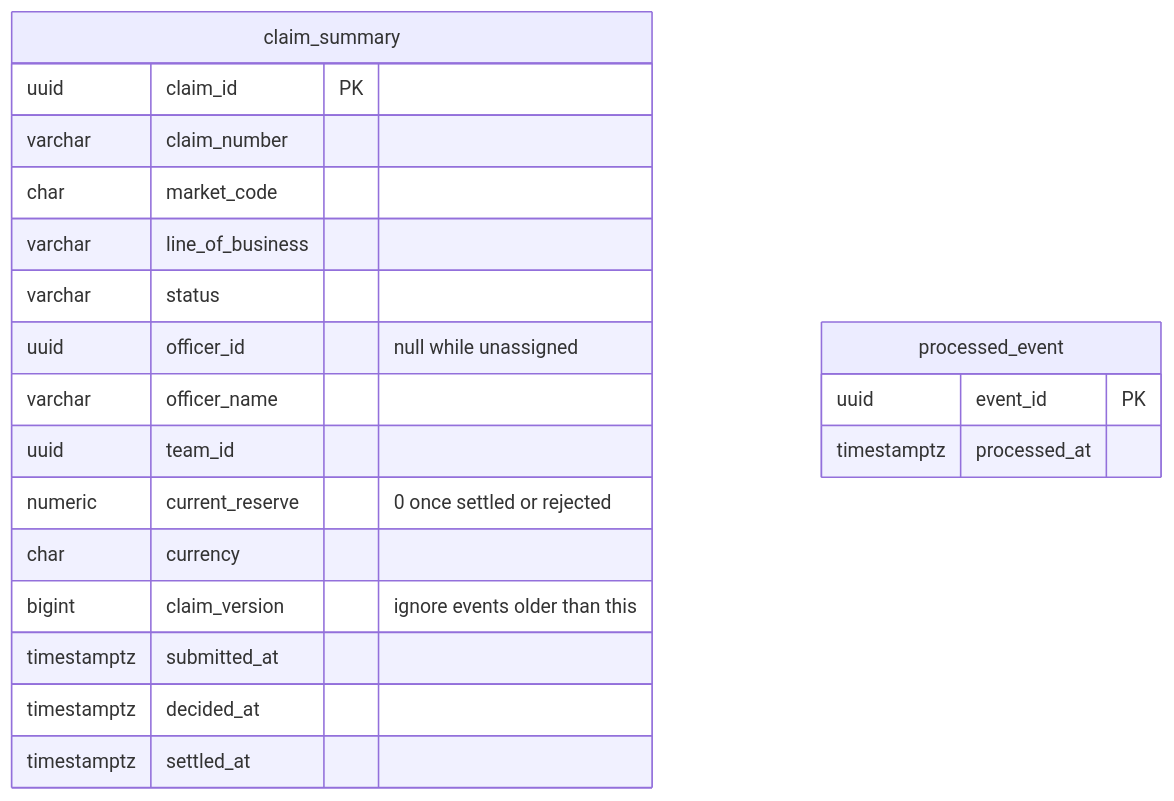
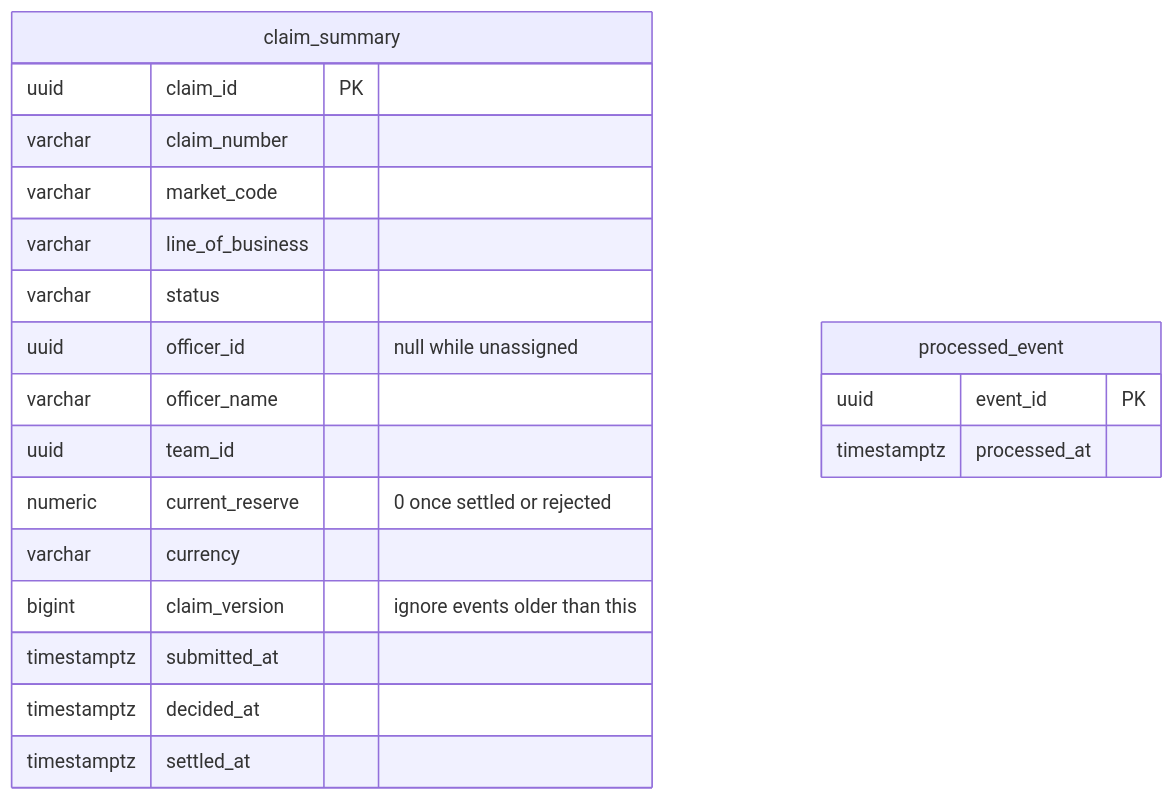
One commit to ZenoHwan/claim-system changed the second of 3 diagrams in docs/er-diagram.md. Above: the diagram before and after it, drawn with Mermaid. The commit also changed other lines of this file and 21 other files, not shown here.

````diff
--- a/docs/er-diagram.md
+++ b/docs/er-diagram.md
@@ -162,23 +162,23 @@
 ```mermaid
 erDiagram
     claim_summary {
         uuid claim_id PK
         varchar claim_number
-        char market_code
+        varchar market_code
         varchar line_of_business
         varchar status
         uuid officer_id "null while unassigned"
         varchar officer_name
         uuid team_id
         numeric current_reserve "0 once settled or rejected"
-        char currency
+        varchar currency
         bigint claim_version "ignore events older than this"
         timestamptz submitted_at
         timestamptz decided_at
         timestamptz settled_at
     }
     processed_event {
         uuid event_id PK
         timestamptz processed_at
     }
 ```
````
